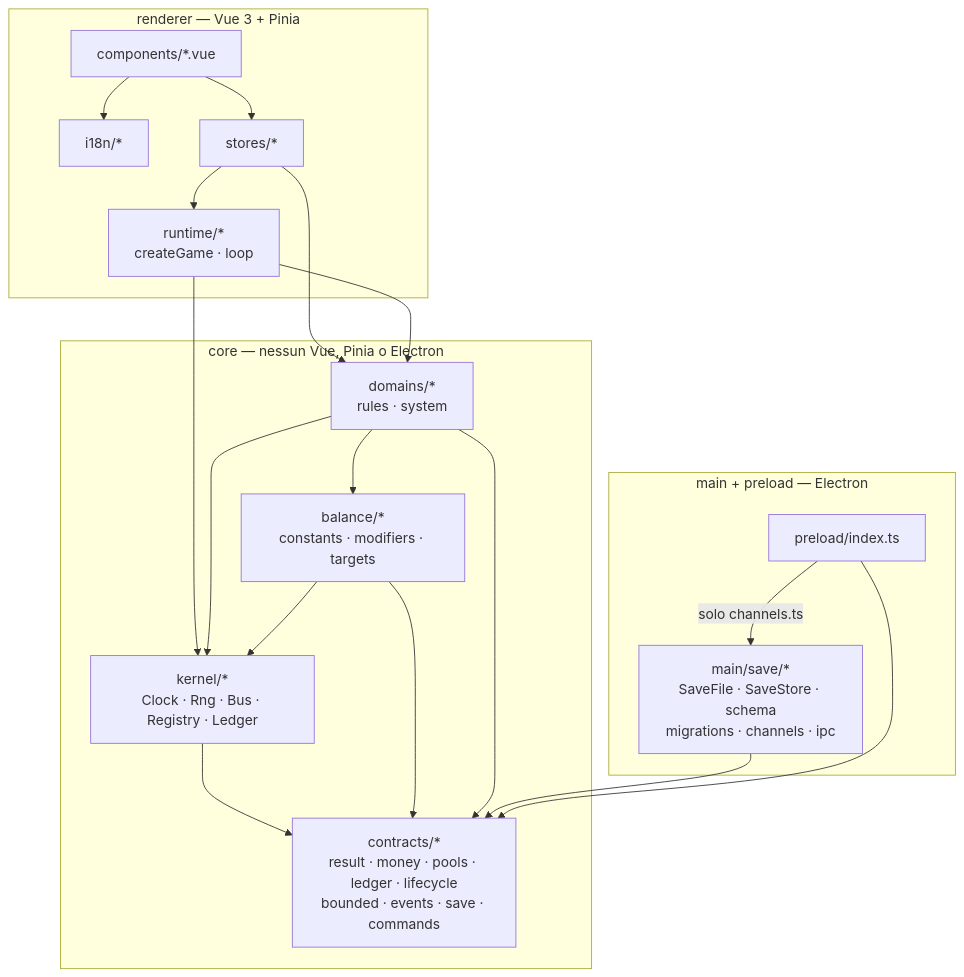
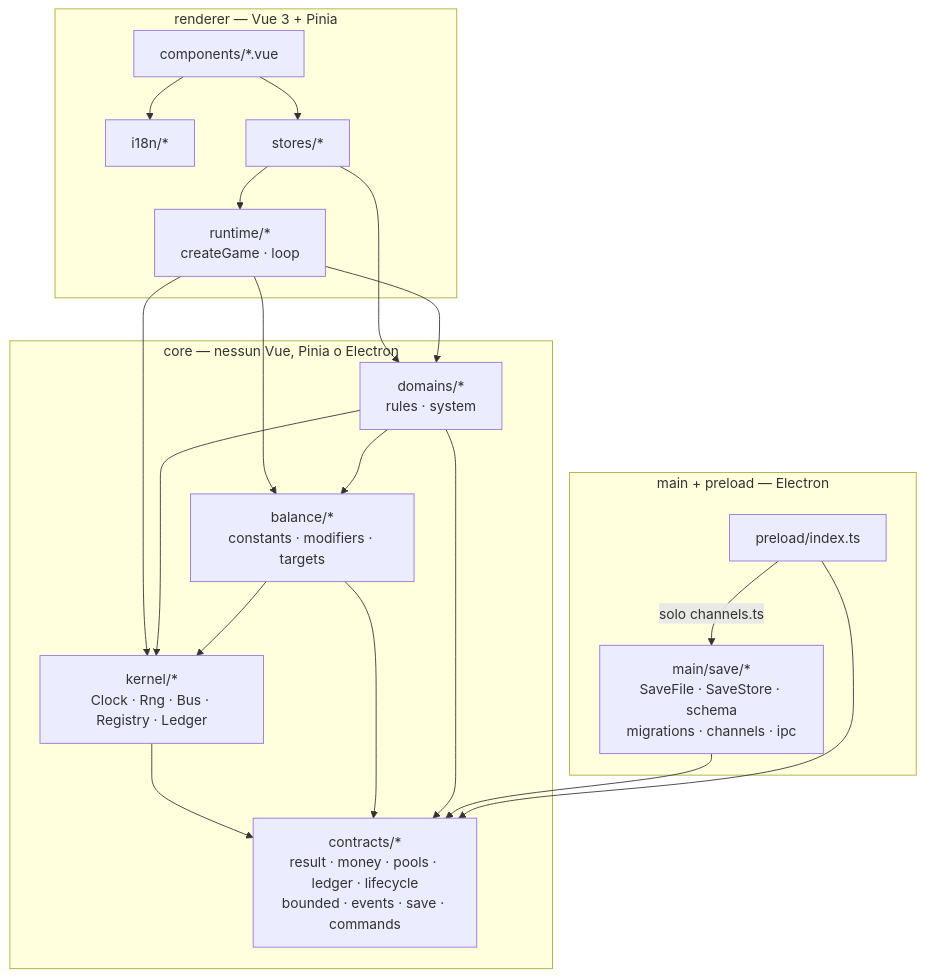
The diagram in docs/architettura.md (devfrx/solvent), drawn with Mermaid before and after one commit. The commit also changed other lines of this file and 18 other files, not shown here.

````diff
--- a/docs/architettura.md
+++ b/docs/architettura.md
@@ -14,37 +14,38 @@
 ```mermaid
 flowchart TD
   subgraph MAIN["main + preload — Electron"]
     SAVE["main/save/*<br/>SaveFile · SaveStore · schema<br/>migrations · channels · ipc"]
     PRE["preload/index.ts"]
   end
 
   subgraph REND["renderer — Vue 3 + Pinia"]
     CMP["components/*.vue"]
     I18N["i18n/*"]
     ST["stores/*"]
     RT["runtime/*<br/>createGame · loop"]
   end
 
   subgraph CORE["core — nessun Vue, Pinia o Electron"]
     DOM["domains/*<br/>rules · system"]
     BAL["balance/*<br/>constants · modifiers · targets"]
     KER["kernel/*<br/>Clock · Rng · Bus · Registry · Ledger"]
     CON["contracts/*<br/>result · money · pools · ledger · lifecycle<br/>bounded · events · save · commands"]
   end
 
   CMP --> ST
   CMP --> I18N
   ST  --> RT
   ST  --> DOM
   RT  --> DOM
   RT  --> KER
+  RT  --> BAL
   DOM --> BAL
   DOM --> KER
   BAL --> KER
   KER --> CON
   BAL --> CON
   DOM --> CON
   SAVE --> CON
   PRE --> CON
   PRE -->|solo channels.ts| SAVE
 ```
````
